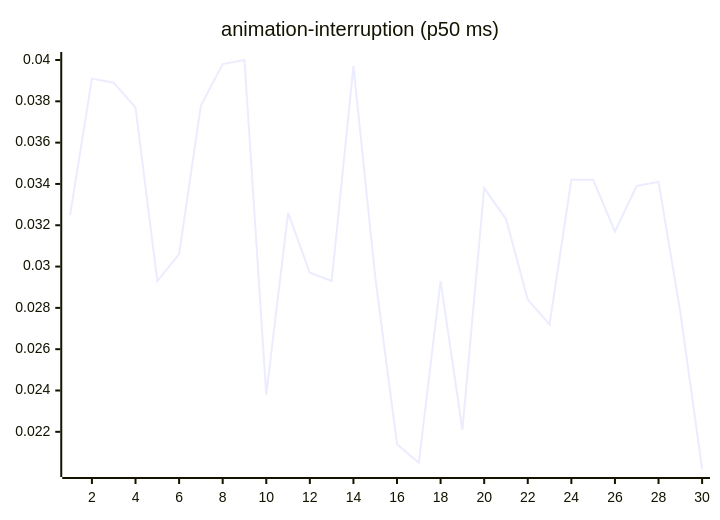
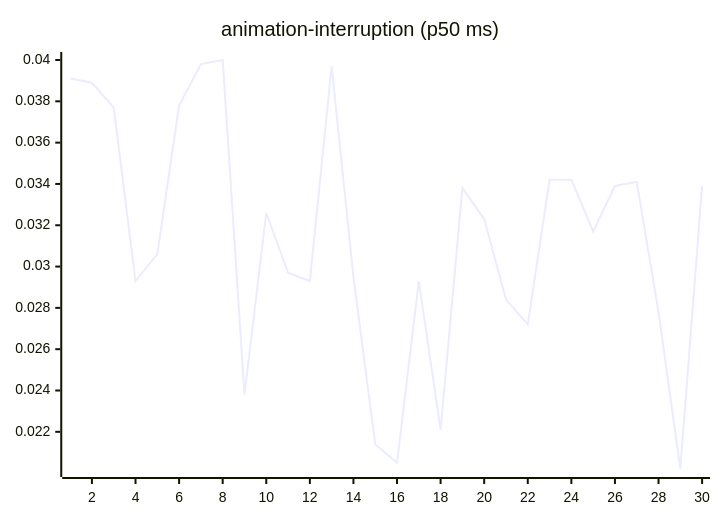
Before and after one commit to josha/Facet: the third of 27 diagrams in README.md, drawn with Mermaid. The commit also changed other lines of this file and 2 other files, not shown here.

````diff
--- a/README.md
+++ b/README.md
@@ -77,6 +77,6 @@
 ```mermaid
 xychart-beta
     title "animation-interruption (p50 ms)"
     x-axis 1 --> 30
-    line [0.0325, 0.0391, 0.0389, 0.0377, 0.0293, 0.0306, 0.0378, 0.0398, 0.0400, 0.0238, 0.0326, 0.0297, 0.0293, 0.0397, 0.0295, 0.0214, 0.0205, 0.0293, 0.0221, 0.0338, 0.0323, 0.0284, 0.0272, 0.0342, 0.0342, 0.0317, 0.0339, 0.0341, 0.0278, 0.0202]
+    line [0.0391, 0.0389, 0.0377, 0.0293, 0.0306, 0.0378, 0.0398, 0.0400, 0.0238, 0.0326, 0.0297, 0.0293, 0.0397, 0.0295, 0.0214, 0.0205, 0.0293, 0.0221, 0.0338, 0.0323, 0.0284, 0.0272, 0.0342, 0.0342, 0.0317, 0.0339, 0.0341, 0.0278, 0.0202, 0.0339]
 ```
````
